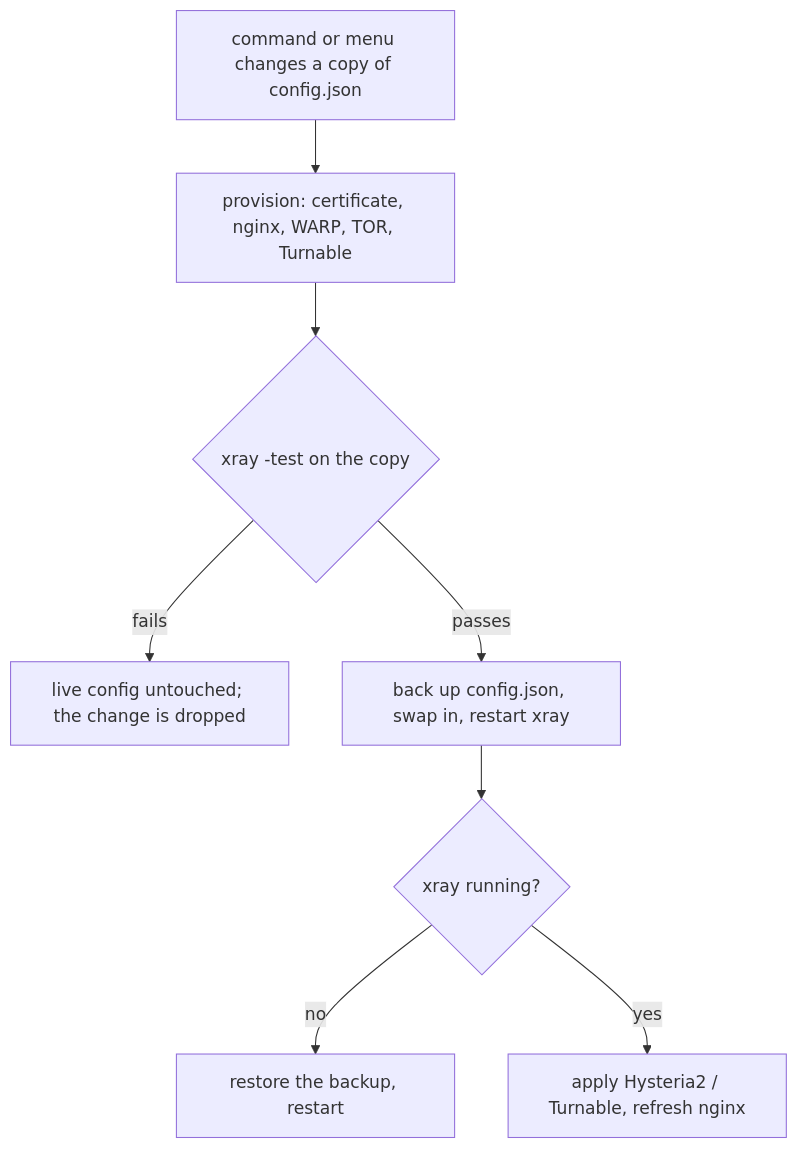
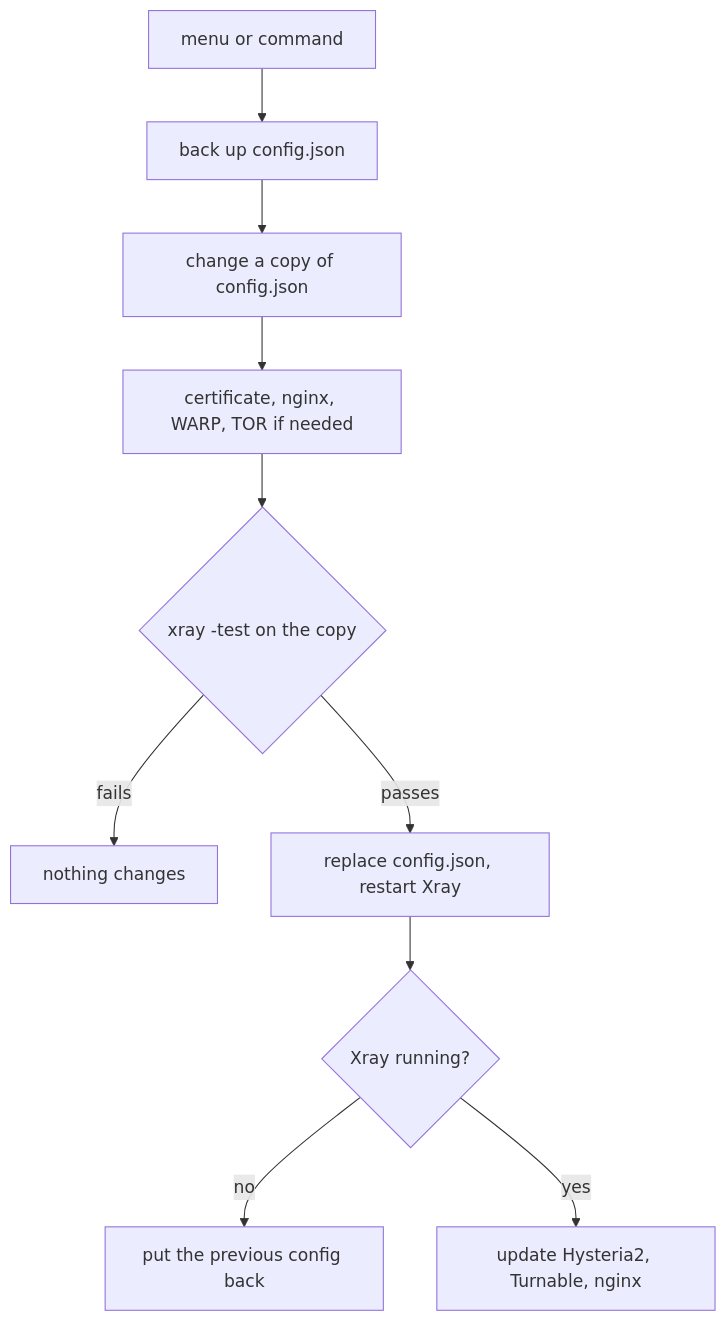
One commit to Shark-vil/xray_vless_easy_install_script changed the second of 4 diagrams in docs/en/architecture.md. Above: the diagram before and after it, drawn with Mermaid. The commit also changed other lines of this file and 29 other files, not shown here.

````diff
--- a/docs/en/architecture.md
+++ b/docs/en/architecture.md
@@ -34,10 +27,12 @@
 ```mermaid
 flowchart TD
-    A[command or menu changes a copy of config.json] --> B[provision: certificate, nginx, WARP, TOR, Turnable]
-    B --> D{xray -test on the copy}
-    D -- fails --> E[live config untouched; the change is dropped]
-    D -- passes --> F[back up config.json, swap in, restart xray]
-    F --> G{xray running?}
-    G -- no --> H[restore the backup, restart]
-    G -- yes --> I[apply Hysteria2 / Turnable, refresh nginx]
+    A[menu or command] --> B[back up config.json]
+    B --> C[change a copy of config.json]
+    C --> D[certificate, nginx, WARP, TOR if needed]
+    D --> E{xray -test on the copy}
+    E -- fails --> F[nothing changes]
+    E -- passes --> G[replace config.json, restart Xray]
+    G --> H{Xray running?}
+    H -- no --> I[put the previous config back]
+    H -- yes --> J[update Hysteria2, Turnable, nginx]
 ```
````
